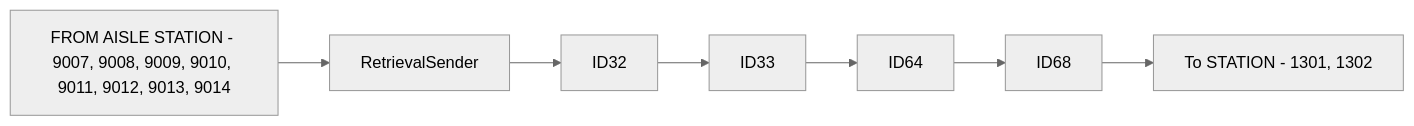
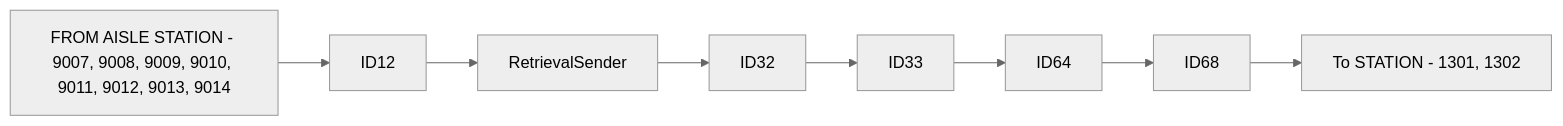
One commit to luthfiadityaa/SimeDarby-Wiki changed the second of 22 diagrams in Basic-Design/DFD-WMS/Inventory-Check/Inventory-Check-from-Ambient-Area.md. Above: the diagram before and after it, drawn with Mermaid (neutral theme). The commit also changed other lines of this file, not shown here.

```diff
--- a/Basic-Design/DFD-WMS/Inventory-Check/Inventory-Check-from-Ambient-Area.md
+++ b/Basic-Design/DFD-WMS/Inventory-Check/Inventory-Check-from-Ambient-Area.md
@@ -9,5 +17,5 @@
 ::: mermaid
 flowchart LR
   
-P1[FROM AISLE STATION - 9007, 9008, 9009, 9010, 9011, 9012, 9013, 9014]-->P2[RetrievalSender]-->P3[ID32]-->P4[ID33]-->P5[ID64]-->P6[ID68]-->P7[To STATION - 1301, 1302]
+P1[FROM AISLE STATION - 9007, 9008, 9009, 9010, 9011, 9012, 9013, 9014]-->P2[ID12]-->P3[RetrievalSender]-->P4[ID32]-->P5[ID33]-->P6[ID64]-->P7[ID68]-->P8[To STATION - 1301, 1302]
 :::
```
